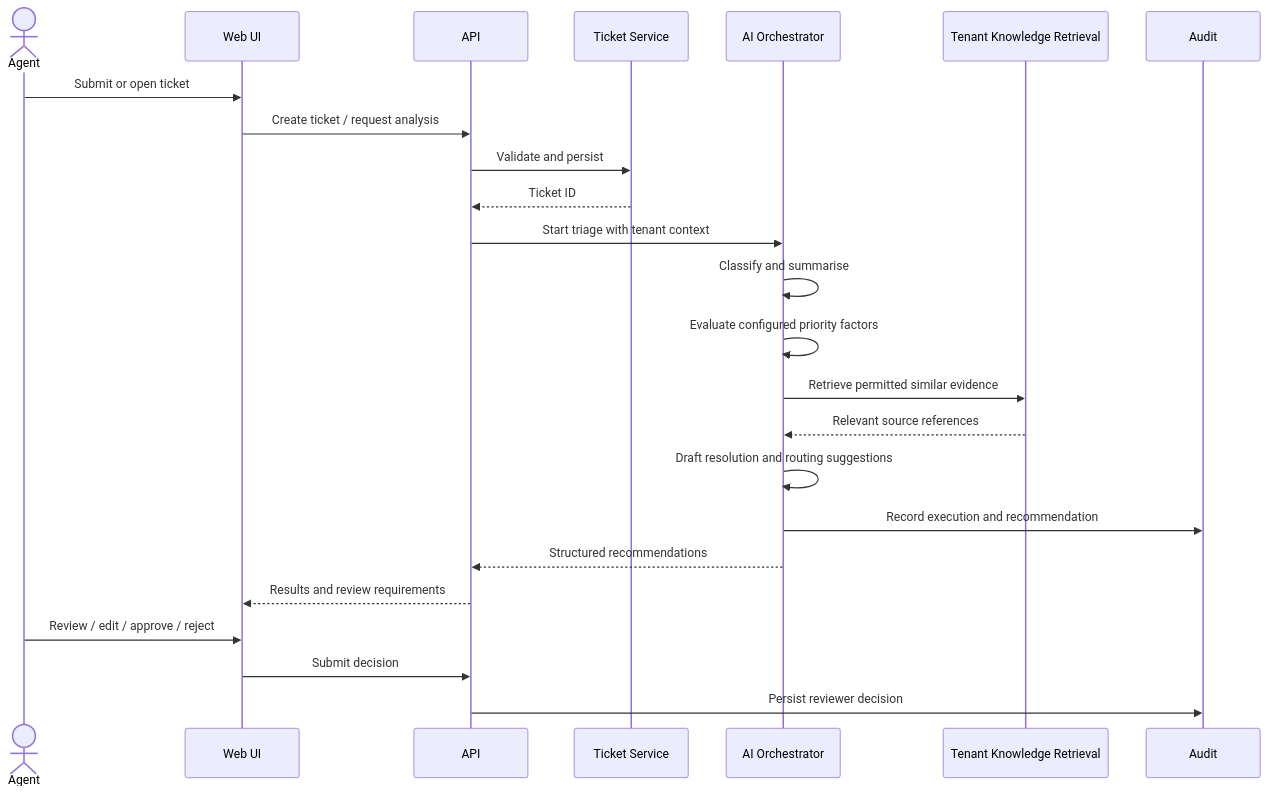
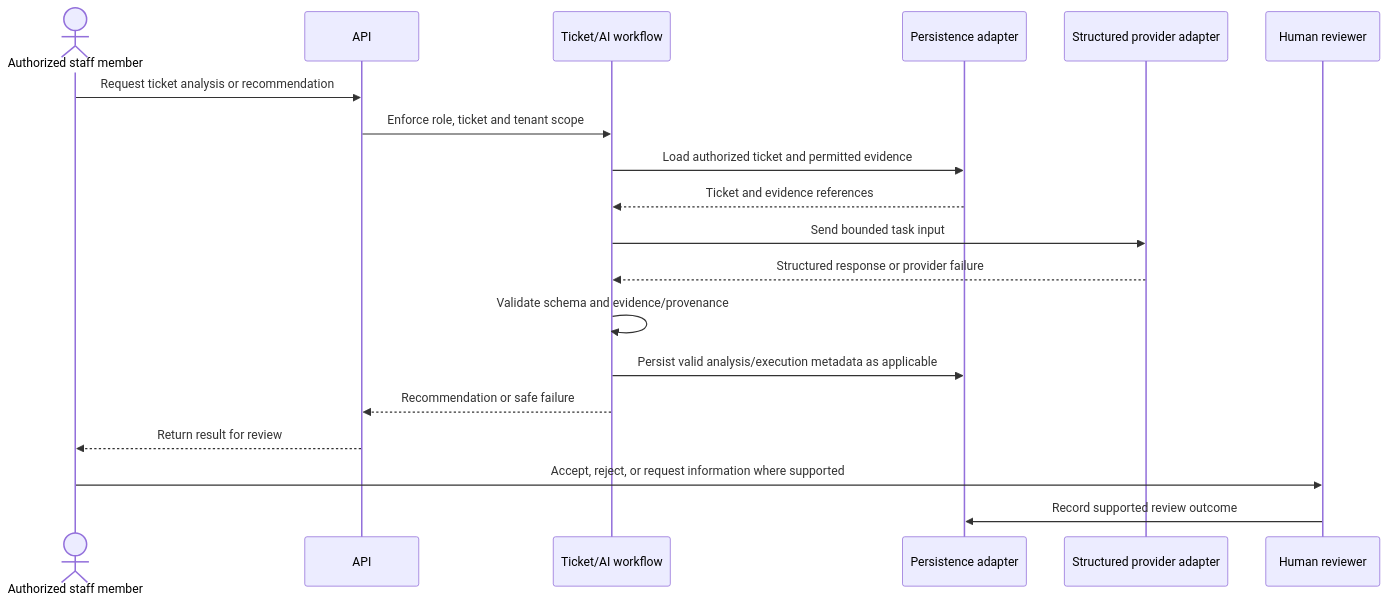
Before and after one commit to Group-D-AI-Interns/AI-Support-Ticket-Triage-Agent: the second of 2 diagrams in docs/architecture/Data-Flow.md, drawn with Mermaid. The commit also changed other lines of this file and 168 other files, not shown here.

````diff
--- a/docs/architecture/Data-Flow.md
+++ b/docs/architecture/Data-Flow.md
@@ -23,26 +27,21 @@
 ```mermaid
 sequenceDiagram
-  actor Agent
-  participant UI as Web UI
+  actor Staff as Authorized staff member
   participant API
-  participant Ticket as Ticket Service
-  participant AI as AI Orchestrator
-  participant KB as Tenant Knowledge Retrieval
-  participant Audit
-  Agent->>UI: Submit or open ticket
-  UI->>API: Create ticket / request analysis
-  API->>Ticket: Validate and persist
-  Ticket-->>API: Ticket ID
-  API->>AI: Start triage with tenant context
-  AI->>AI: Classify and summarise
-  AI->>AI: Evaluate configured priority factors
-  AI->>KB: Retrieve permitted similar evidence
-  KB-->>AI: Relevant source references
-  AI->>AI: Draft resolution and routing suggestions
-  AI->>Audit: Record execution and recommendation
-  AI-->>API: Structured recommendations
-  API-->>UI: Results and review requirements
-  Agent->>UI: Review / edit / approve / reject
-  UI->>API: Submit decision
-  API->>Audit: Persist reviewer decision
+  participant Ticket as Ticket/AI workflow
+  participant Store as Persistence adapter
+  participant Provider as Structured provider adapter
+  participant Review as Human reviewer
+  Staff->>API: Request ticket analysis or recommendation
+  API->>Ticket: Enforce role, ticket and tenant scope
+  Ticket->>Store: Load authorized ticket and permitted evidence
+  Store-->>Ticket: Ticket and evidence references
+  Ticket->>Provider: Send bounded task input
+  Provider-->>Ticket: Structured response or provider failure
+  Ticket->>Ticket: Validate schema and evidence/provenance
+  Ticket->>Store: Persist valid analysis/execution metadata as applicable
+  Ticket-->>API: Recommendation or safe failure
+  API-->>Staff: Return result for review
+  Staff->>Review: Accept, reject, or request information where supported
+  Review->>Store: Record supported review outcome
 ```
````
